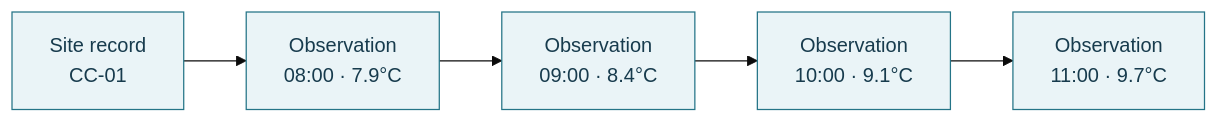
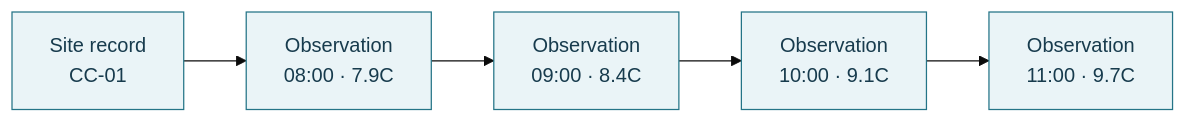
Before and after one commit to JacobDowns/CSCI340: the first of 3 diagrams in lectures/week-02-from-tables-to-relations.qmd, drawn with Mermaid (base theme). The commit also changed other lines of this file and 11 other files, not shown here.

````diff
--- a/lectures/week-02-from-tables-to-relations.qmd
+++ b/lectures/week-02-from-tables-to-relations.qmd
@@ -53,10 +242,10 @@
 ```{mermaid}
 flowchart LR
-    S["Site record<br/>CC-01"] --> O1["Observation<br/>08:00 · 7.9°C"]
-    O1 --> O2["Observation<br/>09:00 · 8.4°C"]
-    O2 --> O3["Observation<br/>10:00 · 9.1°C"]
-    O3 --> O4["Observation<br/>11:00 · 9.7°C"]
+    S["Site record<br/>CC-01"] --> O1["Observation<br/>08:00 · 7.9C"]
+    O1 --> O2["Observation<br/>09:00 · 8.4C"]
+    O2 --> O3["Observation<br/>10:00 · 9.1C"]
+    O3 --> O4["Observation<br/>11:00 · 9.7C"]
 
     classDef record fill:#eaf4f7,stroke:#247487,color:#173b4d;
     class S,O1,O2,O3,O4 record;
 ```
````
